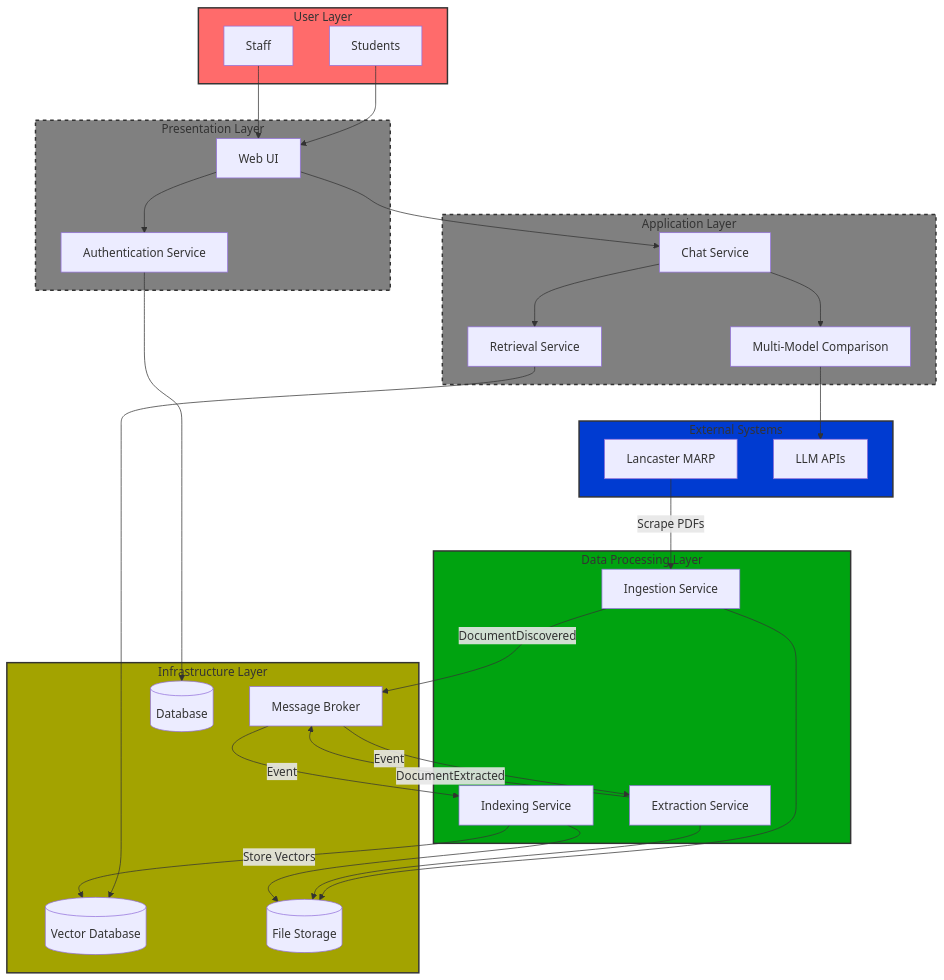
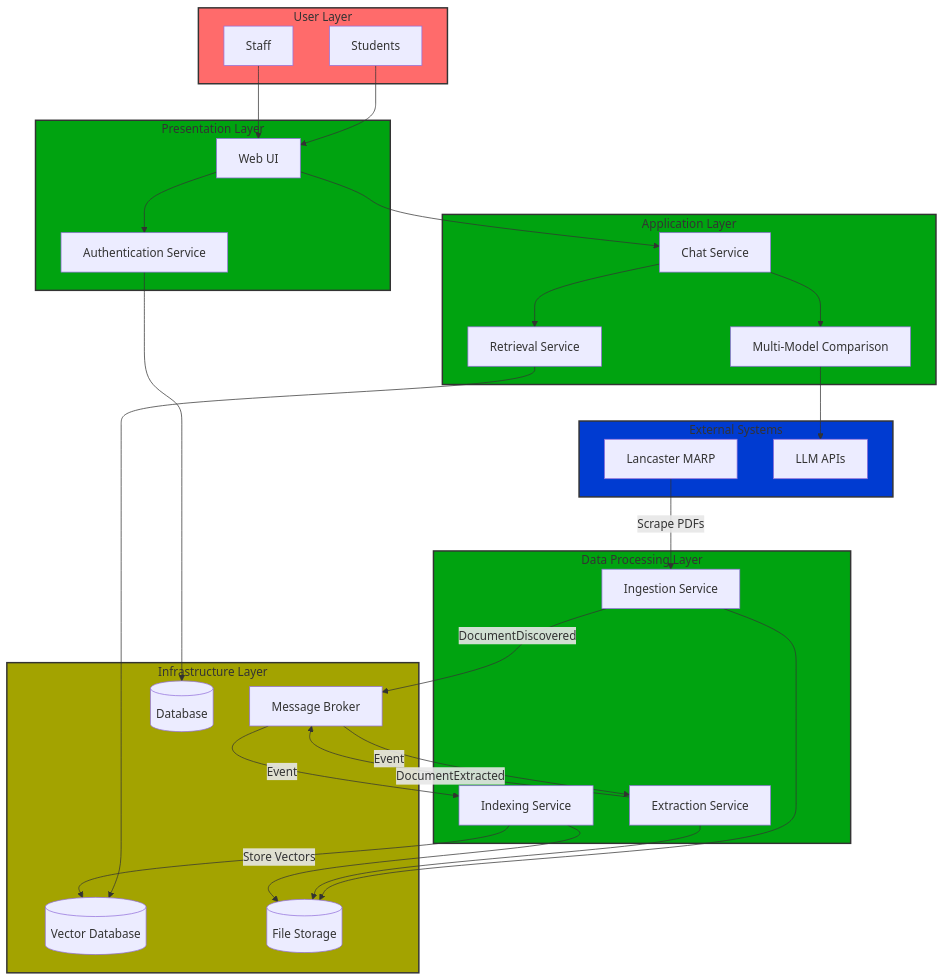
The diagram in README.md (Th30utcast/MARP-Guide-AI), drawn with Mermaid before and after one commit. The commit also changed other lines of this file and 12 other files, not shown here.

````diff
--- a/README.md
+++ b/README.md
@@ -55,70 +55,70 @@
 ```mermaid
 graph TB
   subgraph Users["User Layer"]
     Student[Students]
     Staff[Staff]
   end
 
   subgraph Presentation["Presentation Layer"]
     WebUI[Web UI<br/>]
     Auth[Authentication Service<br/>]
   end
 
   subgraph Application["Application Layer"]
     Chat[Chat Service<br/>]
     Retrieval[Retrieval Service<br/>]
     MultiModel[Multi-Model Comparison<br/>]
   end
 
   subgraph DataProcessing["Data Processing Layer"]
     Ingestion[Ingestion Service<br/>]
     Extraction[Extraction Service<br/>]
     Indexing[Indexing Service<br/>]
   end
 
   subgraph Infrastructure["Infrastructure Layer"]
     Message-Broker[Message Broker<br/>]
     Vector-Database[(Vector Database<br/>)]
     Storage[(File Storage<br/>)]
     Database[(Database<br/>)]
   end
 
   subgraph External["External Systems"]
     MARP[Lancaster MARP<br/>]
     LLMs[LLM APIs<br/>]
   end
 
   %% User interactions
   Student --> WebUI
   Staff --> WebUI
   WebUI --> Auth
   Auth -->Database
 
   %% Application layer flows
   WebUI --> Chat
   Chat --> MultiModel
   Chat --> Retrieval
   MultiModel --> LLMs
   Retrieval --> Vector-Database
 
   %% Data processing pipeline (operational)
   MARP -->|Scrape PDFs| Ingestion
   Ingestion -->|DocumentDiscovered| Message-Broker
   Message-Broker -->|Event| Extraction
   Extraction -->|DocumentExtracted| Message-Broker
   Message-Broker -->|Event| Indexing
   Indexing -->|Store Vectors| Vector-Database
 
   %% Storage connections
   Ingestion --> Storage
   Extraction --> Storage
   Indexing --> Storage
 
   %% Styling
   style DataProcessing fill:#00A310,stroke:#333,stroke-width:2px
   style Infrastructure fill:#A3A300,stroke:#333,stroke-width:2px
-  style Presentation fill:#808080,stroke:#333,stroke-width:2px,stroke-dasharray: 5 5
-  style Application fill:#808080,stroke:#333,stroke-width:2px,stroke-dasharray: 5 5
+  style Presentation fill:#00A310,stroke:#333,stroke-width:2px
+  style Application fill:#00A310,stroke:#333,stroke-width:2px
   style External fill:#003BD1,stroke:#333,stroke-width:2px
   style Users fill:#FF6B6B,stroke:#333,stroke-width:2px
 ```
````
